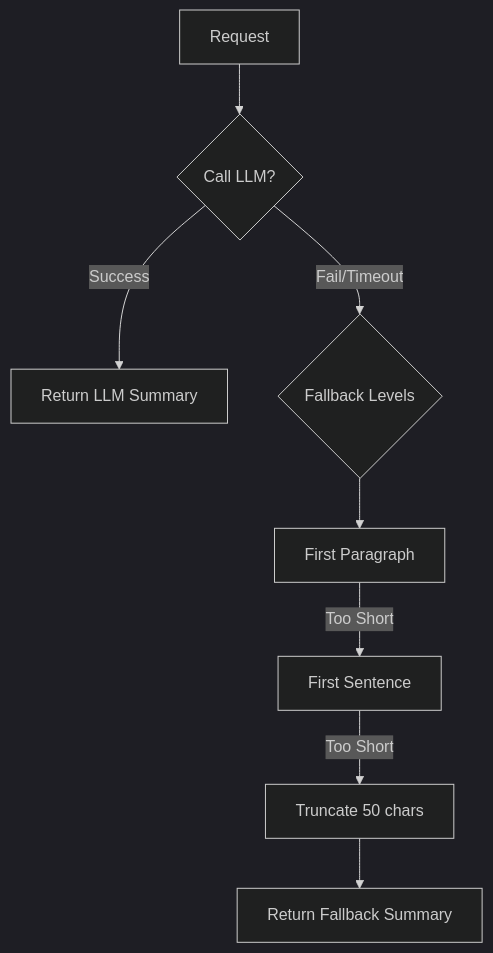
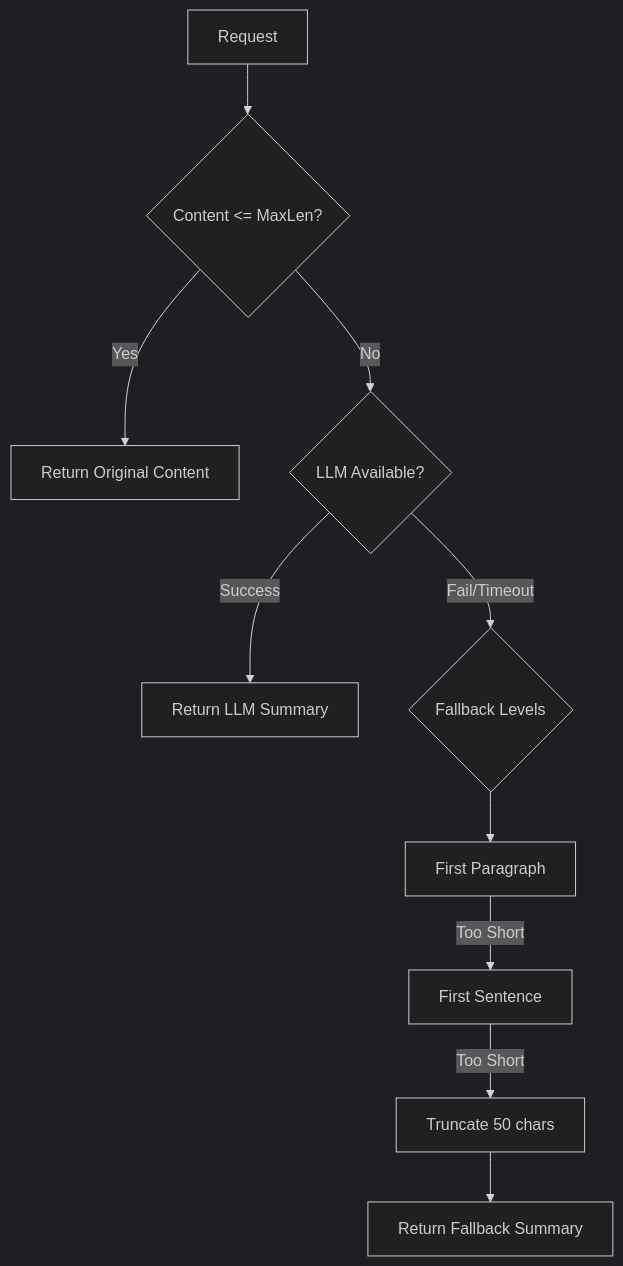
One commit to 88lin/divinesense changed the second of 2 diagrams in ai/summary/README.md. Above: the diagram before and after it, drawn with Mermaid (dark theme). The commit also changed other lines of this file and 27 other files, not shown here.

````diff
--- a/ai/summary/README.md
+++ b/ai/summary/README.md
@@ -31,12 +33,14 @@
 ```mermaid
 flowchart TD
-    Start[Request] --> TryLLM{Call LLM?}
+    Start[Request] --> ShortText{Content <= MaxLen?}
+    ShortText -- Yes --> ReturnOriginal[Return Original Content]
+    ShortText -- No --> TryLLM{LLM Available?}
     TryLLM -- Success --> ReturnLLM[Return LLM Summary]
     TryLLM -- Fail/Timeout --> Fallback{Fallback Levels}
-    
+
     Fallback --> Level1[First Paragraph]
     Level1 -- Too Short --> Level2[First Sentence]
     Level2 -- Too Short --> Level3[Truncate 50 chars]
-    
+
     Level3 --> ReturnFallback[Return Fallback Summary]
 ```
````
